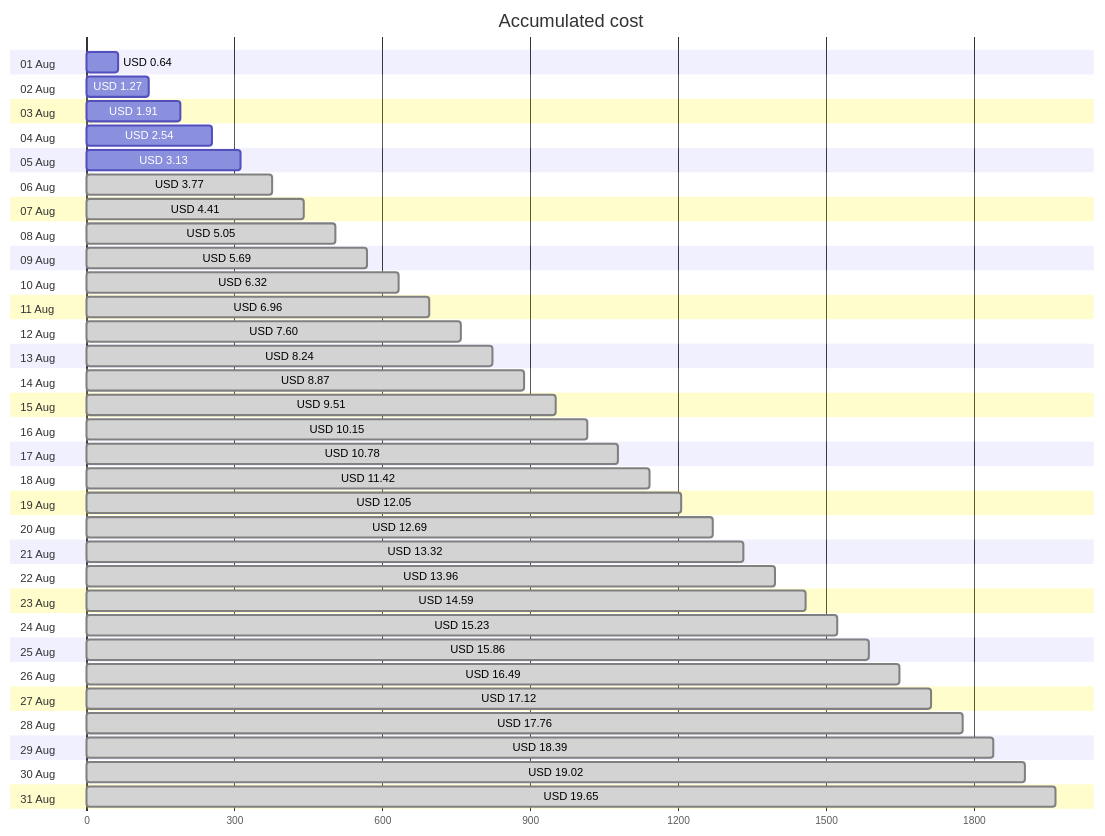
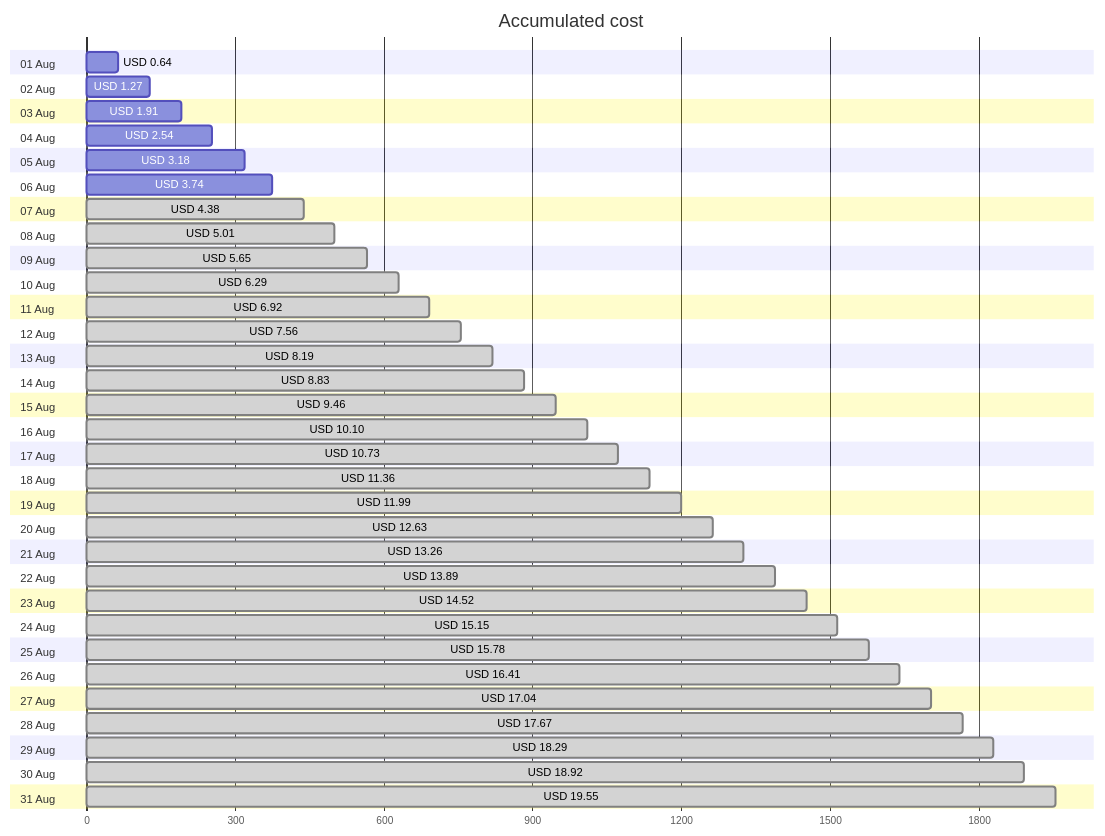
One commit to jpfulton/azure-personal-reports changed the first of 4 diagrams in cost-reports/accumulated-cost.md. Above: the diagram before and after it, drawn with Mermaid. The commit also changed other lines of this file and 4 other files, not shown here.

````diff
--- a/cost-reports/accumulated-cost.md
+++ b/cost-reports/accumulated-cost.md
@@ -20,68 +20,68 @@
 ```mermaid
 gantt
    title Accumulated cost
    dateFormat  X
    axisFormat %s
    section 01 Aug
    USD 0.64 :0, 64
    section 02 Aug
    USD 1.27 :0, 127
    section 03 Aug
    USD 1.91 :0, 191
    section 04 Aug
    USD 2.54 :0, 254
    section 05 Aug
-   USD 3.13 :0, 313
+   USD 3.18 :0, 318
    section 06 Aug
-   USD 3.77 : done, 0, 377
+   USD 3.74 :0, 374
    section 07 Aug
-   USD 4.41 : done, 0, 441
+   USD 4.38 : done, 0, 438
    section 08 Aug
-   USD 5.05 : done, 0, 505
+   USD 5.01 : done, 0, 501
    section 09 Aug
-   USD 5.69 : done, 0, 569
+   USD 5.65 : done, 0, 565
    section 10 Aug
-   USD 6.32 : done, 0, 632
+   USD 6.29 : done, 0, 629
    section 11 Aug
-   USD 6.96 : done, 0, 696
+   USD 6.92 : done, 0, 692
    section 12 Aug
-   USD 7.60 : done, 0, 760
+   USD 7.56 : done, 0, 756
    section 13 Aug
-   USD 8.24 : done, 0, 824
+   USD 8.19 : done, 0, 819
    section 14 Aug
-   USD 8.87 : done, 0, 887
+   USD 8.83 : done, 0, 883
    section 15 Aug
-   USD 9.51 : done, 0, 951
+   USD 9.46 : done, 0, 946
    section 16 Aug
-   USD 10.15 : done, 0, 1015
+   USD 10.10 : done, 0, 1010
    section 17 Aug
-   USD 10.78 : done, 0, 1078
+   USD 10.73 : done, 0, 1073
    section 18 Aug
-   USD 11.42 : done, 0, 1142
+   USD 11.36 : done, 0, 1136
    section 19 Aug
-   USD 12.05 : done, 0, 1205
+   USD 11.99 : done, 0, 1199
    section 20 Aug
-   USD 12.69 : done, 0, 1269
+   USD 12.63 : done, 0, 1263
    section 21 Aug
-   USD 13.32 : done, 0, 1332
+   USD 13.26 : done, 0, 1326
    section 22 Aug
-   USD 13.96 : done, 0, 1396
+   USD 13.89 : done, 0, 1389
    section 23 Aug
-   USD 14.59 : done, 0, 1459
+   USD 14.52 : done, 0, 1452
    section 24 Aug
-   USD 15.23 : done, 0, 1523
+   USD 15.15 : done, 0, 1515
    section 25 Aug
-   USD 15.86 : done, 0, 1586
+   USD 15.78 : done, 0, 1578
    section 26 Aug
-   USD 16.49 : done, 0, 1649
+   USD 16.41 : done, 0, 1641
    section 27 Aug
-   USD 17.12 : done, 0, 1712
+   USD 17.04 : done, 0, 1704
    section 28 Aug
-   USD 17.76 : done, 0, 1776
+   USD 17.67 : done, 0, 1767
    section 29 Aug
-   USD 18.39 : done, 0, 1839
+   USD 18.29 : done, 0, 1829
    section 30 Aug
-   USD 19.02 : done, 0, 1902
+   USD 18.92 : done, 0, 1892
    section 31 Aug
-   USD 19.65 : done, 0, 1965
+   USD 19.55 : done, 0, 1955
 ```
````
